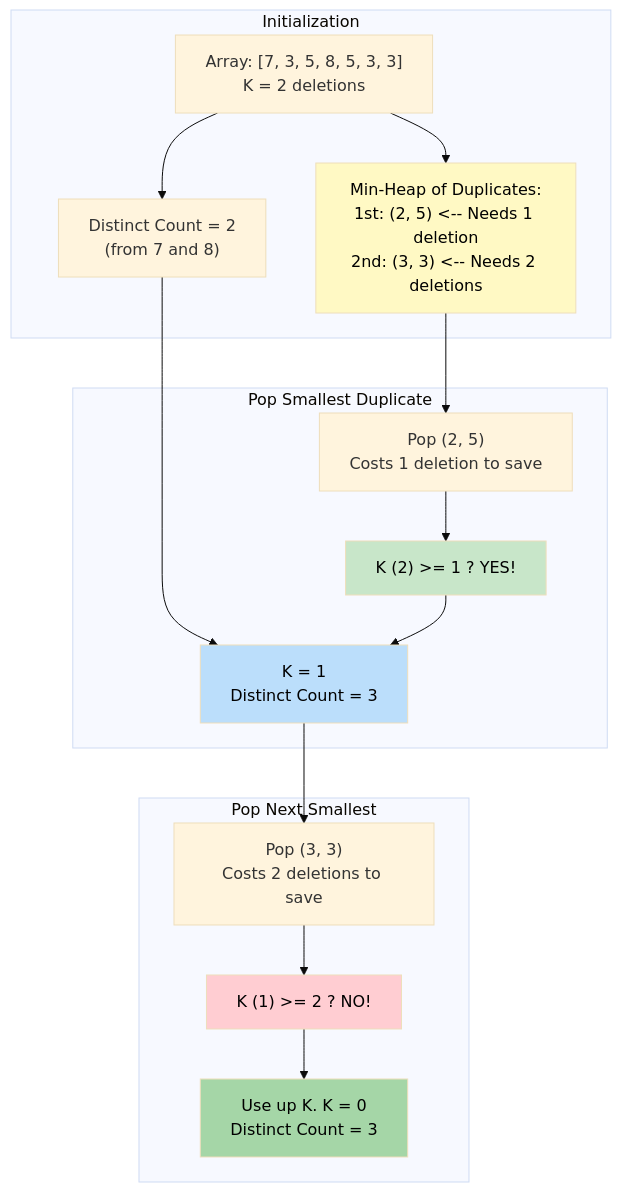
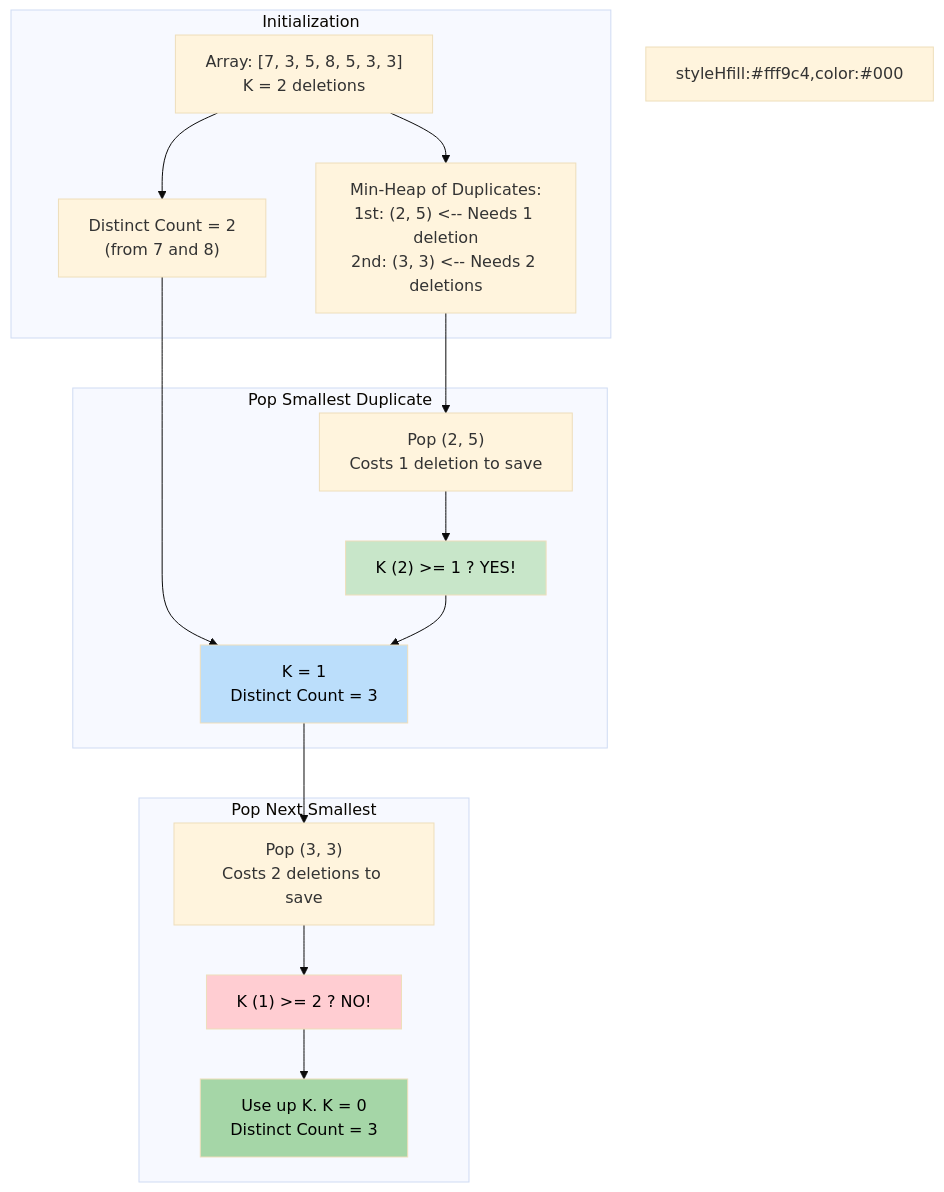
Before and after one commit to vadde/DSA: the diagram in 19 - Top K Elements/problem_09_maximum_distinct_elements_walkthrough.md, drawn with Mermaid (base theme). The commit also changed 245 other files, not shown here.

First line of the commit message:
fix: Forensic fix of all Mermaid rendering issues across entire DSA repo + add pre-commit validation infrastructure

````diff
--- a/19 - Top K Elements/problem_09_maximum_distinct_elements_walkthrough.md
+++ b/19 - Top K Elements/problem_09_maximum_distinct_elements_walkthrough.md
@@ -69,36 +69,36 @@
 ```mermaid
 flowchart TD
     subgraph Initialization
         A["Array: [7, 3, 5, 8, 5, 3, 3]\nK = 2 deletions"]
         D["Distinct Count = 2\n(from 7 and 8)"]
         H["Min-Heap of Duplicates:\n1st: (2, 5) <-- Needs 1 deletion\n2nd: (3, 3) <-- Needs 2 deletions"]
     end
     
-    subgraph Pop Smallest Duplicate
+    subgraph PopSmallestDuplicate [Pop Smallest Duplicate]
         P1["Pop (2, 5)\nCosts 1 deletion to save"]
         C1["K (2) >= 1 ? YES!"]
         U1["K = 1\nDistinct Count = 3"]
     end
     
-    subgraph Pop Next Smallest
+    subgraph PopNextSmallest [Pop Next Smallest]
         P2["Pop (3, 3)\nCosts 2 deletions to save"]
         C2["K (1) >= 2 ? NO!"]
         U2["Use up K. K = 0\nDistinct Count = 3"]
     end
-    
-    A --> D
-    A --> H
+
+A --> D
+A --> H
     H --> P1
-    D --> U1
+D --> U1
     P1 --> C1
-    C1 --> U1
+C1 --> U1
     U1 --> P2
-    P2 --> C2
+P2 --> C2
     C2 --> U2
-    
-    style H fill:#fff9c4,color:#000
+
+styleHfill:#fff9c4,color:#000
     style C1 fill:#c8e6c9,color:#000
     style U1 fill:#bbdefb,color:#000
     style C2 fill:#ffcdd2,color:#000
     style U2 fill:#a5d6a7,color:#000
 ```
````
